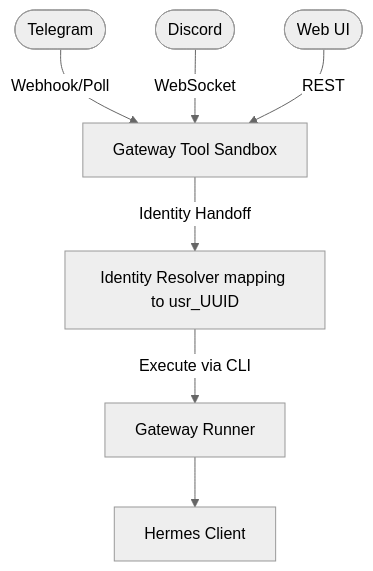
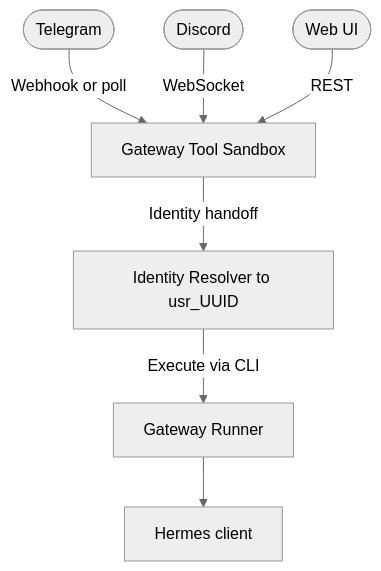
The fifth of 6 diagrams in docs/agents/hermes/codomyrmex_integration.md (docxology/codomyrmex), drawn with Mermaid (neutral theme) before and after one commit. The commit also changed other lines of this file and 86 other files, not shown here.

````diff
--- a/docs/agents/hermes/codomyrmex_integration.md
+++ b/docs/agents/hermes/codomyrmex_integration.md
@@ -307,11 +307,11 @@
 ```mermaid
 graph TD
-    TG([Telegram]) --> |Webhook/Poll| Auth[Gateway Tool Sandbox]
-    Discord([Discord]) --> |WebSocket| Auth
-    Web([Web UI]) --> |REST| Auth
-    
-    Auth --> |Identity Handoff| ID[Identity Resolver mapping to usr_UUID]
-    
-    ID --> |Execute via CLI| Exec[Gateway Runner]
-    Exec --> CLI[Hermes Client]
+    TG([Telegram]) -->|"Webhook or poll"| Auth[Gateway Tool Sandbox]
+    Discord([Discord]) -->|WebSocket| Auth
+    Web([Web UI]) -->|REST| Auth
+
+    Auth -->|Identity handoff| ID["Identity Resolver to usr_UUID"]
+
+    ID -->|Execute via CLI| Exec[Gateway Runner]
+    Exec --> HermesExec[Hermes client]
 ```
````
